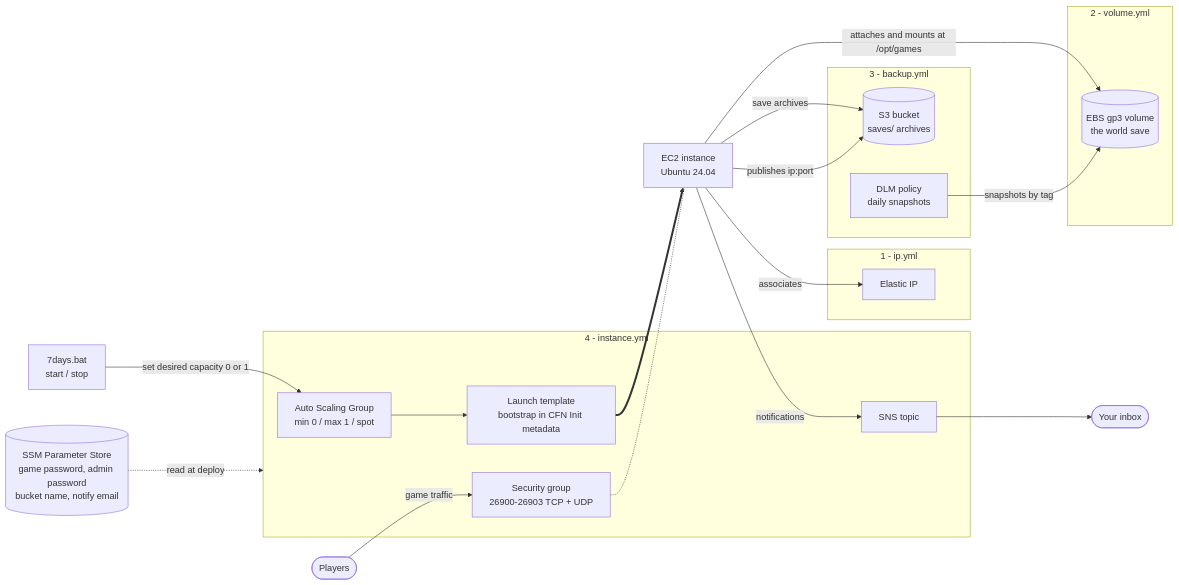
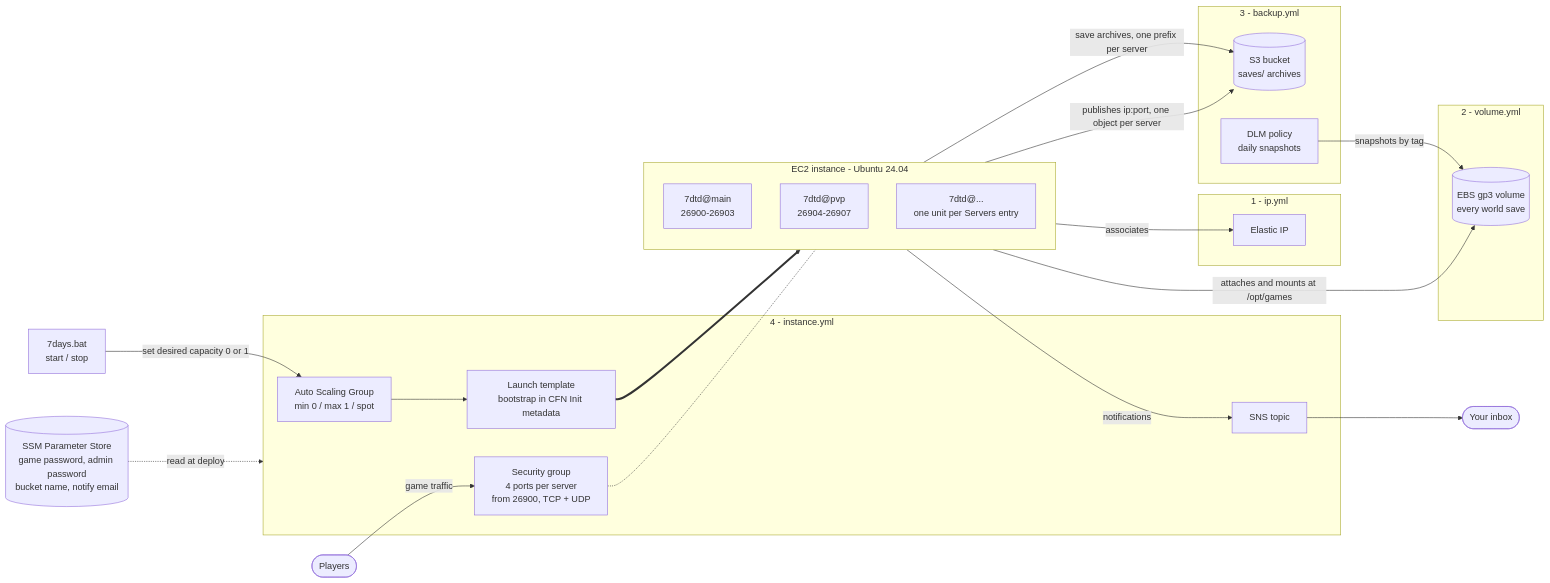
The first of 2 diagrams in README.md (rupertbg/aws-7days-server), drawn with Mermaid before and after one commit. The commit also changed other lines of this file and 7 other files, not shown here.

First line of the commit message:
feat: run several dedicated servers on one EC2 instance

````diff
--- a/README.md
+++ b/README.md
@@ -14,43 +16,47 @@
 ```mermaid
 flowchart LR
   ssm[("SSM Parameter Store<br/>game password, admin password<br/>bucket name, notify email")]
   bat["7days.bat<br/>start / stop"]
   players(["Players"])
   mail(["Your inbox"])
 
   subgraph s1["1 - ip.yml"]
     eip["Elastic IP"]
   end
 
   subgraph s2["2 - volume.yml"]
-    vol[("EBS gp3 volume<br/>the world save")]
+    vol[("EBS gp3 volume<br/>every world save")]
   end
 
   subgraph s3["3 - backup.yml"]
     bucket[("S3 bucket<br/>saves/ archives")]
     dlm["DLM policy<br/>daily snapshots"]
   end
 
   subgraph s4["4 - instance.yml"]
     asg["Auto Scaling Group<br/>min 0 / max 1 / spot"]
     lt["Launch template<br/>bootstrap in CFN Init metadata"]
-    sg["Security group<br/>26900-26903 TCP + UDP"]
+    sg["Security group<br/>4 ports per server<br/>from 26900, TCP + UDP"]
     sns["SNS topic"]
   end
 
-  ec2["EC2 instance<br/>Ubuntu 24.04"]
+  subgraph ec2["EC2 instance - Ubuntu 24.04"]
+    s_a["7dtd@main<br/>26900-26903"]
+    s_b["7dtd@pvp<br/>26904-26907"]
+    s_n["7dtd@...<br/>one unit per Servers entry"]
+  end
 
   ssm -.->|read at deploy| s4
   bat -->|set desired capacity 0 or 1| asg
   asg --> lt
   lt ==> ec2
   ec2 -->|associates| eip
   ec2 -->|attaches and mounts at /opt/games| vol
-  ec2 -->|save archives| bucket
-  ec2 -->|publishes ip:port| bucket
+  ec2 -->|save archives, one prefix per server| bucket
+  ec2 -->|publishes ip:port, one object per server| bucket
   ec2 -->|notifications| sns
   sns --> mail
   dlm -->|snapshots by tag| vol
   players -->|game traffic| sg
   sg -.- ec2
 ```
````
